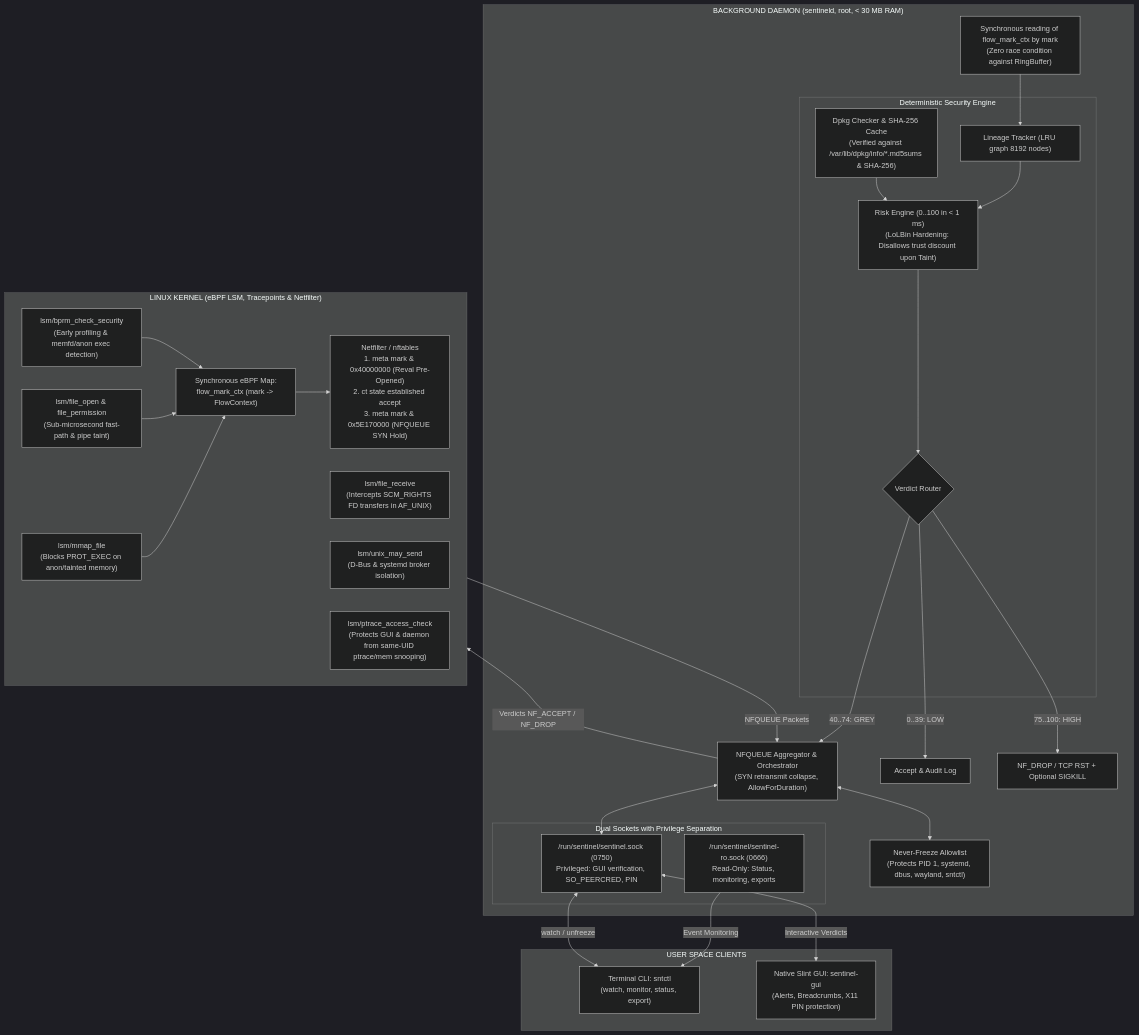
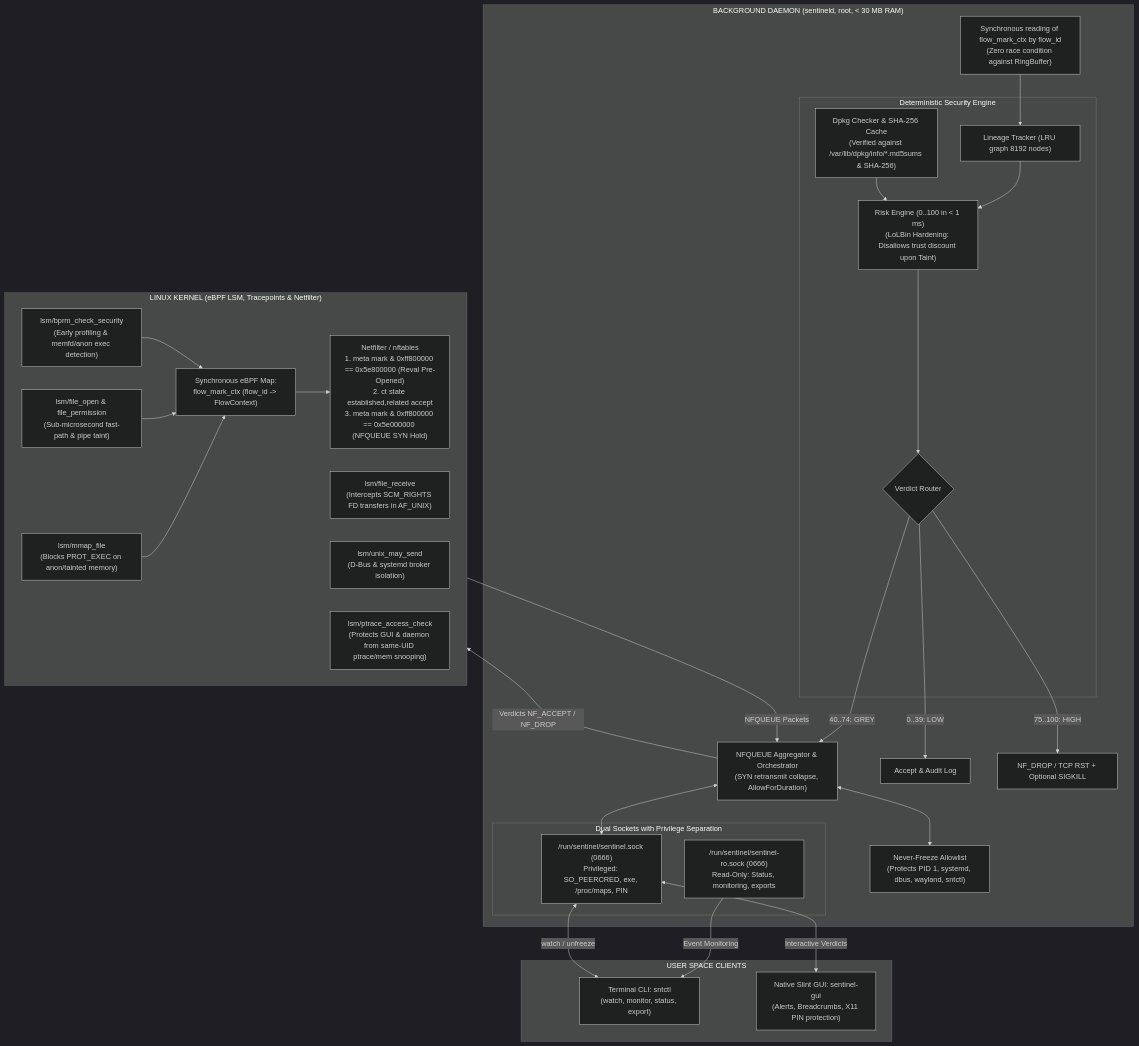
Before and after one commit to woifik560/sentinel-rs: the diagram in README.en.md, drawn with Mermaid (dark theme). The commit also changed other lines of this file and 9 other files, not shown here.

````diff
--- a/README.en.md
+++ b/README.en.md
@@ -83,61 +97,61 @@
 ```mermaid
 flowchart TD
     subgraph Kernel["LINUX KERNEL (eBPF LSM, Tracepoints & Netfilter)"]
         LSM_BPRM["lsm/bprm_check_security<br/>(Early profiling & memfd/anon exec detection)"]
         LSM_FILE["lsm/file_open & file_permission<br/>(Sub-microsecond fast-path & pipe taint)"]
         LSM_MMAP["lsm/mmap_file<br/>(Blocks PROT_EXEC on anon/tainted memory)"]
         LSM_RECV["lsm/file_receive<br/>(Intercepts SCM_RIGHTS FD transfers in AF_UNIX)"]
         LSM_UNIX["lsm/unix_may_send<br/>(D-Bus & systemd broker isolation)"]
         LSM_PTRACE["lsm/ptrace_access_check<br/>(Protects GUI & daemon from same-UID ptrace/mem snooping)"]
         
-        DYNAMIC_MARK["Synchronous eBPF Map:<br/>flow_mark_ctx (mark -> FlowContext)"]
-        NFQUEUE_HOOK["Netfilter / nftables<br/>1. meta mark & 0x40000000 (Reval Pre-Opened)<br/>2. ct state established accept<br/>3. meta mark & 0x5E170000 (NFQUEUE SYN Hold)"]
+        DYNAMIC_MARK["Synchronous eBPF Map:<br/>flow_mark_ctx (flow_id -> FlowContext)"]
+        NFQUEUE_HOOK["Netfilter / nftables<br/>1. meta mark & 0xff800000 == 0x5e800000 (Reval Pre-Opened)<br/>2. ct state established,related accept<br/>3. meta mark & 0xff800000 == 0x5e000000 (NFQUEUE SYN Hold)"]
         
         LSM_BPRM --> DYNAMIC_MARK
         LSM_FILE --> DYNAMIC_MARK
         LSM_MMAP --> DYNAMIC_MARK
         DYNAMIC_MARK --> NFQUEUE_HOOK
     end
 
     subgraph Daemon["BACKGROUND DAEMON (sentineld, root, < 30 MB RAM)"]
-        MAP_READER["Synchronous reading of flow_mark_ctx by mark<br/>(Zero race condition against RingBuffer)"]
+        MAP_READER["Synchronous reading of flow_mark_ctx by flow_id<br/>(Zero race condition against RingBuffer)"]
         
         subgraph Engine["Deterministic Security Engine"]
             LINEAGE["Lineage Tracker (LRU graph 8192 nodes)"]
             DPKG["Dpkg Checker & SHA-256 Cache<br/>(Verified against /var/lib/dpkg/info/*.md5sums & SHA-256)"]
             RISK["Risk Engine (0..100 in < 1 ms)<br/>(LoLBin Hardening: Disallows trust discount upon Taint)"]
             ROUTER{"Verdict Router"}
         end
 
         NF_MGR["NFQUEUE Aggregator & Orchestrator<br/>(SYN retransmit collapse, AllowForDuration)"]
         SAFETY["Never-Freeze Allowlist<br/>(Protects PID 1, systemd, dbus, wayland, sntctl)"]
         
         subgraph Sockets["Dual Sockets with Privilege Separation"]
             RO_SOCK["/run/sentinel/sentinel-ro.sock (0666)<br/>Read-Only: Status, monitoring, exports"]
-            MGMT_SOCK["/run/sentinel/sentinel.sock (0750)<br/>Privileged: GUI verification, SO_PEERCRED, PIN"]
+            MGMT_SOCK["/run/sentinel/sentinel.sock (0666)<br/>Privileged: SO_PEERCRED, exe, /proc/maps, PIN"]
         end
 
         MAP_READER --> LINEAGE
         LINEAGE --> RISK
         DPKG --> RISK
         RISK --> ROUTER
         
         ROUTER -->|0..39: LOW| ALLOW["Accept & Audit Log"]
         ROUTER -->|40..74: GREY| NF_MGR
         ROUTER -->|75..100: HIGH| BLOCK["NF_DROP / TCP RST + Optional SIGKILL"]
         
         NF_MGR <--> SAFETY
         NF_MGR <--> MGMT_SOCK
     end
 
     subgraph Clients["USER SPACE CLIENTS"]
         CLI["Terminal CLI: sntctl<br/>(watch, monitor, status, export)"]
         GUI["Native Slint GUI: sentinel-gui<br/>(Alerts, Breadcrumbs, X11 PIN protection)"]
     end
 
     Kernel -->|NFQUEUE Packets| NF_MGR
     NF_MGR -->|Verdicts NF_ACCEPT / NF_DROP| Kernel
     RO_SOCK -->|Event Monitoring| CLI
     MGMT_SOCK <-->|Interactive Verdicts| GUI
     MGMT_SOCK <-->|watch / unfreeze| CLI
 ```
````
